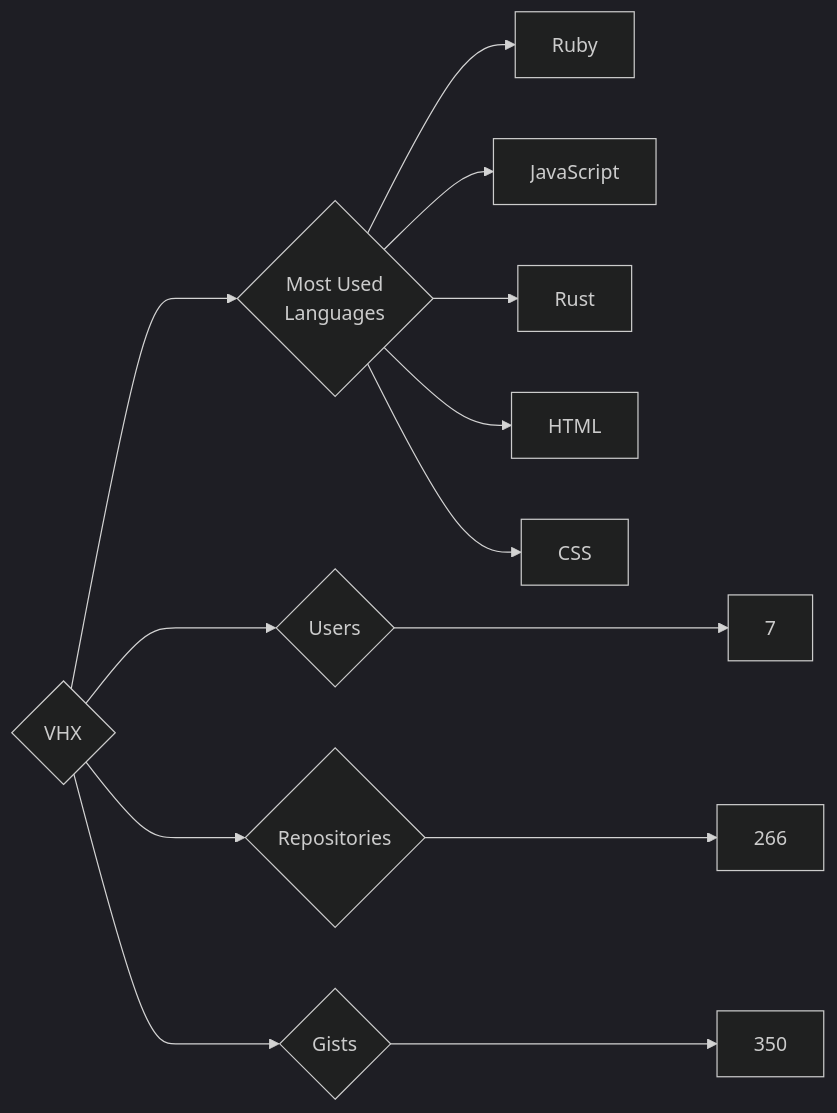
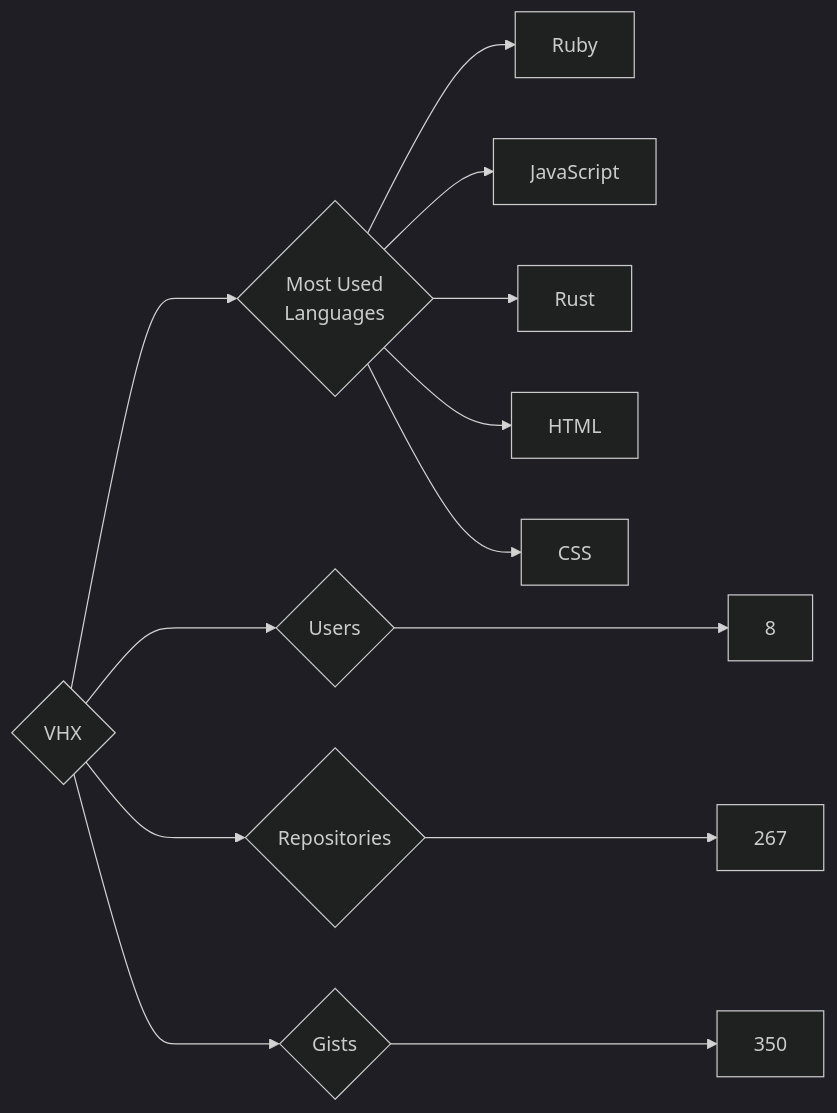
Before and after one commit to trickest/insiders: the diagram in targets/VHX/README.md, drawn with Mermaid (dark theme). The commit also changed 728 other files, not shown here.

````diff
--- a/targets/VHX/README.md
+++ b/targets/VHX/README.md
@@ -3,13 +3,13 @@
 ```mermaid
 graph LR
 COMPANY_NAME{VHX}
-COMPANY_NAME ---> U{Users} ---> UN[7]
-COMPANY_NAME ---> R{Repositories} ---> RN[266]
+COMPANY_NAME ---> U{Users} ---> UN[8]
+COMPANY_NAME ---> R{Repositories} ---> RN[267]
 COMPANY_NAME ---> G{Gists} ---> GN[350]
 COMPANY_NAME ---> ML{Most Used<br>Languages}
 ML --> Ruby[Ruby]
 ML --> JavaScript[JavaScript]
 ML --> Rust[Rust]
 ML --> HTML[HTML]
 ML --> CSS[CSS]
 ```
````
